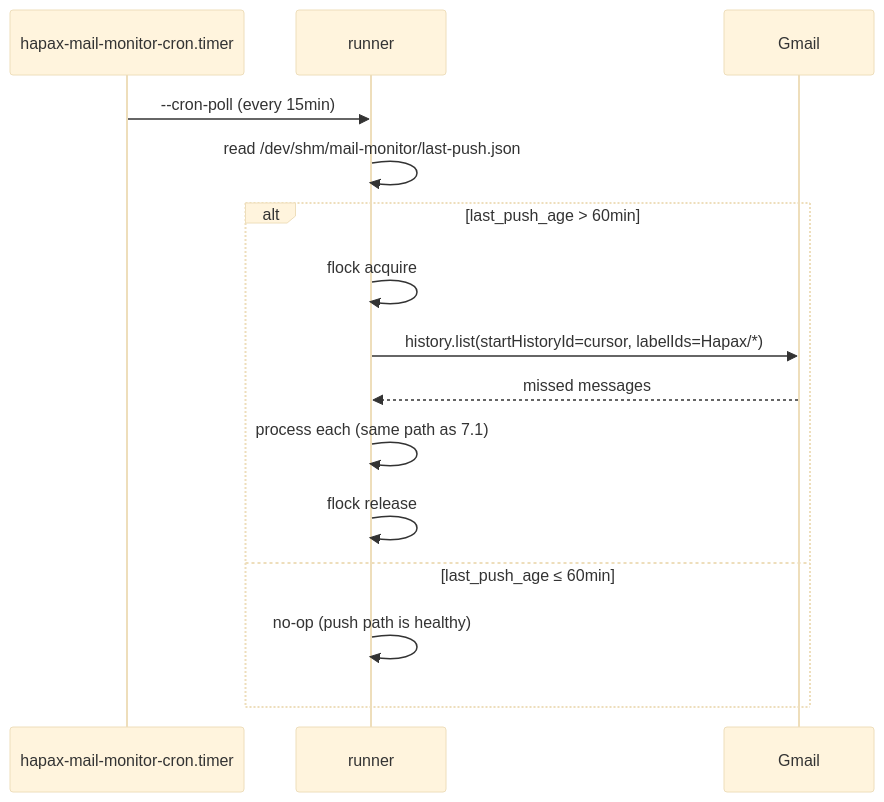
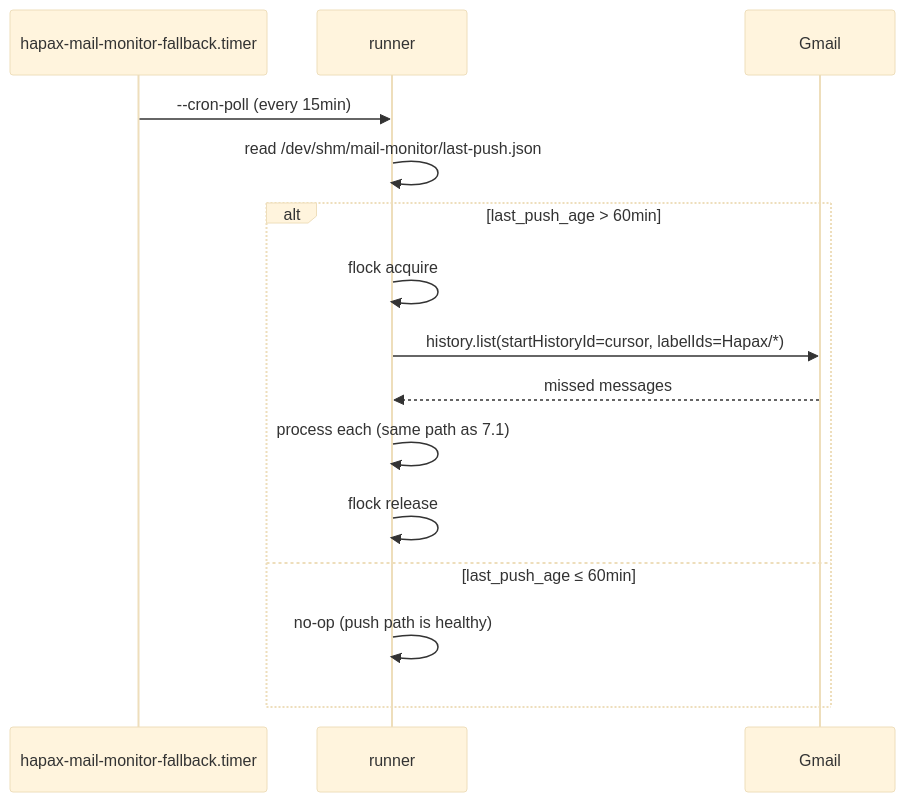
Before and after one commit to hapax-systems/hapax-council: the third of 3 diagrams in docs/specs/2026-04-25-mail-monitor.md, drawn with Mermaid (base theme). The commit also changed other lines of this file and 8 other files, not shown here.

Commit message:
Add mail monitor Pub/Sub fallback

````diff
--- a/docs/specs/2026-04-25-mail-monitor.md
+++ b/docs/specs/2026-04-25-mail-monitor.md
@@ -397,18 +407,18 @@
 ```mermaid
 sequenceDiagram
-  participant T as hapax-mail-monitor-cron.timer
+  participant T as hapax-mail-monitor-fallback.timer
   participant R as runner
   participant G as Gmail
 
   T->>R: --cron-poll (every 15min)
   R->>R: read /dev/shm/mail-monitor/last-push.json
   alt last_push_age > 60min
     R->>R: flock acquire
     R->>G: history.list(startHistoryId=cursor, labelIds=Hapax/*)
     G-->>R: missed messages
     R->>R: process each (same path as 7.1)
     R->>R: flock release
   else last_push_age ≤ 60min
     R->>R: no-op (push path is healthy)
   end
 ```
````
